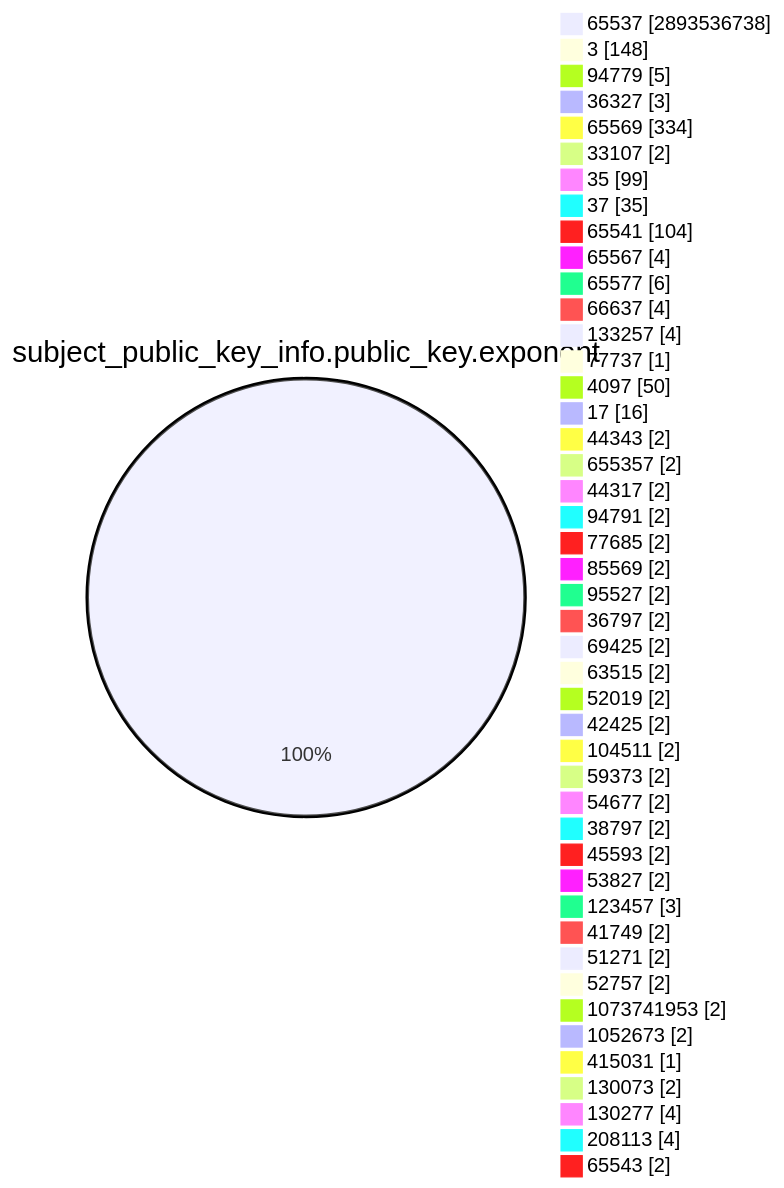
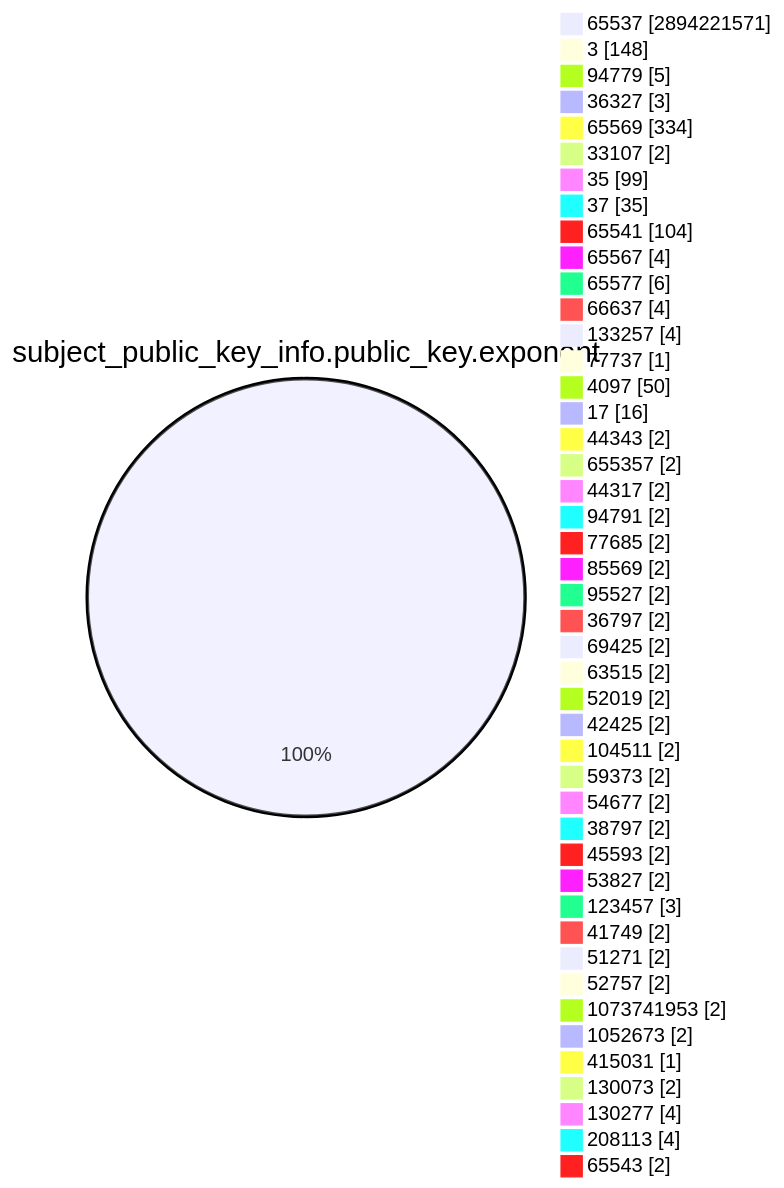
Before and after one commit to christiankrug/ctmonitor_visualization: the fourth of 15 diagrams in TOTAL/README.md, drawn with Mermaid. The commit also changed other lines of this file, not shown here.

````diff
--- a/TOTAL/README.md
+++ b/TOTAL/README.md
@@ -1468,49 +1468,49 @@
 ```mermaid
 pie showData
 title subject_public_key_info.public_key.exponent
-"65537" :2893536738
+"65537" :2894221571
 "3" :148
 "94779" :5
 "36327" :3
 "65569" :334
 "33107" :2
 "35" :99
 "37" :35
 "65541" :104
 "65567" :4
 "65577" :6
 "66637" :4
 "133257" :4
 "77737" :1
 "4097" :50
 "17" :16
 "44343" :2
 "655357" :2
 "44317" :2
 "94791" :2
 "77685" :2
 "85569" :2
 "95527" :2
 "36797" :2
 "69425" :2
 "63515" :2
 "52019" :2
 "42425" :2
 "104511" :2
 "59373" :2
 "54677" :2
 "38797" :2
 "45593" :2
 "53827" :2
 "123457" :3
 "41749" :2
 "51271" :2
 "52757" :2
 "1073741953" :2
 "1052673" :2
 "415031" :1
 "130073" :2
 "130277" :4
 "208113" :4
 "65543" :2
 ```
````
